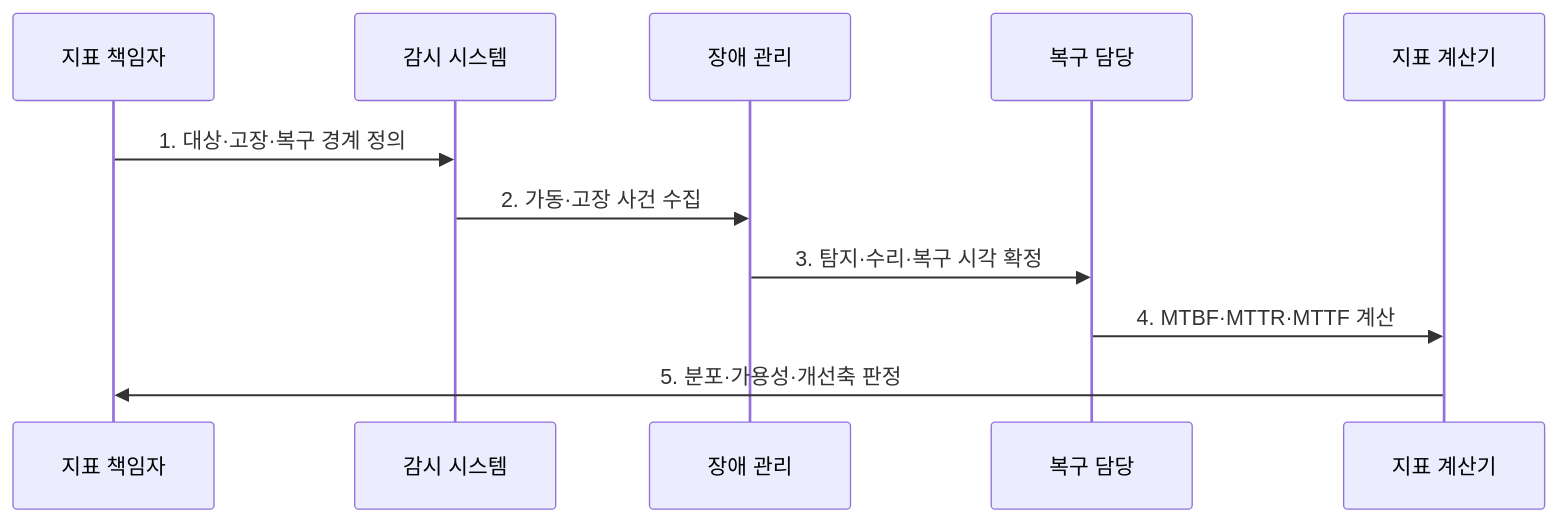
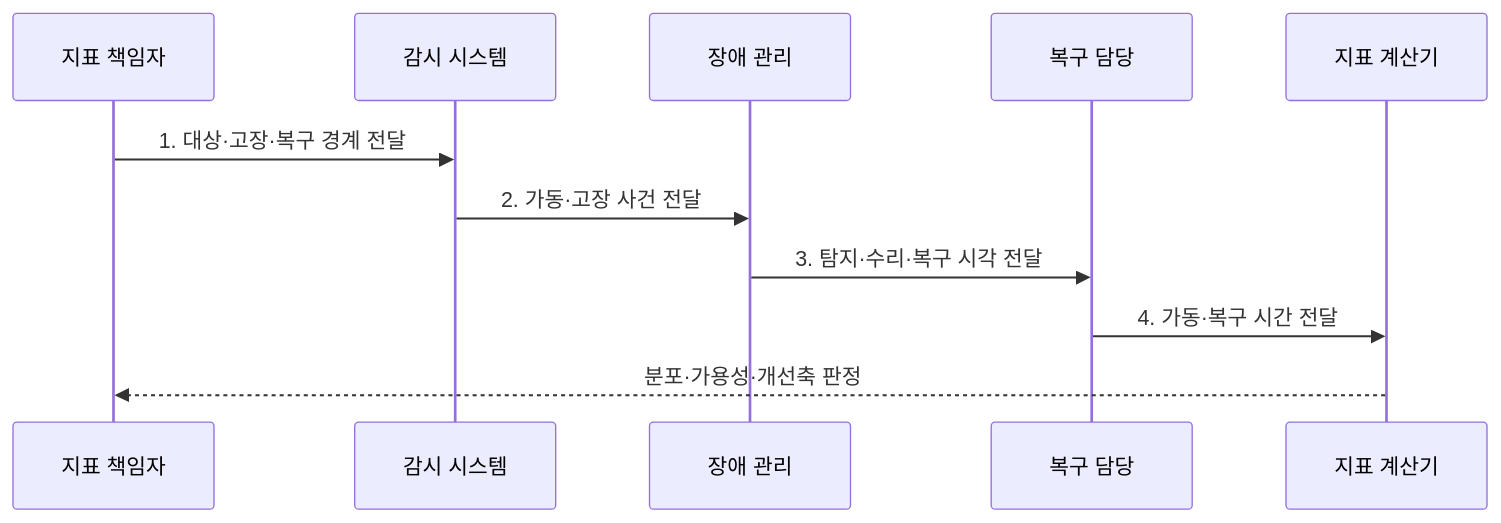
Before and after one commit to agnusdei1207/knowledge-base: the second of 2 diagrams in src/content/docs/notes/06-evaluation/012_reliability_metrics_mtbf_mttr.md, drawn with Mermaid. The commit also changed other lines of this file and 20 other files, not shown here.

````diff
--- a/src/content/docs/notes/06-evaluation/012_reliability_metrics_mtbf_mttr.md
+++ b/src/content/docs/notes/06-evaluation/012_reliability_metrics_mtbf_mttr.md
@@ -78,13 +78,13 @@
 ```mermaid
 sequenceDiagram
   participant O as 지표 책임자
   participant M as 감시 시스템
   participant I as 장애 관리
   participant R as 복구 담당
   participant C as 지표 계산기
-  O->>M: 1. 대상·고장·복구 경계 정의
-  M->>I: 2. 가동·고장 사건 수집
-  I->>R: 3. 탐지·수리·복구 시각 확정
-  R->>C: 4. MTBF·MTTR·MTTF 계산
-  C->>O: 5. 분포·가용성·개선축 판정
+  O->>M: 1. 대상·고장·복구 경계 전달
+  M->>I: 2. 가동·고장 사건 전달
+  I->>R: 3. 탐지·수리·복구 시각 전달
+  R->>C: 4. 가동·복구 시간 전달
+  C-->>O: 분포·가용성·개선축 판정
 ```
````
